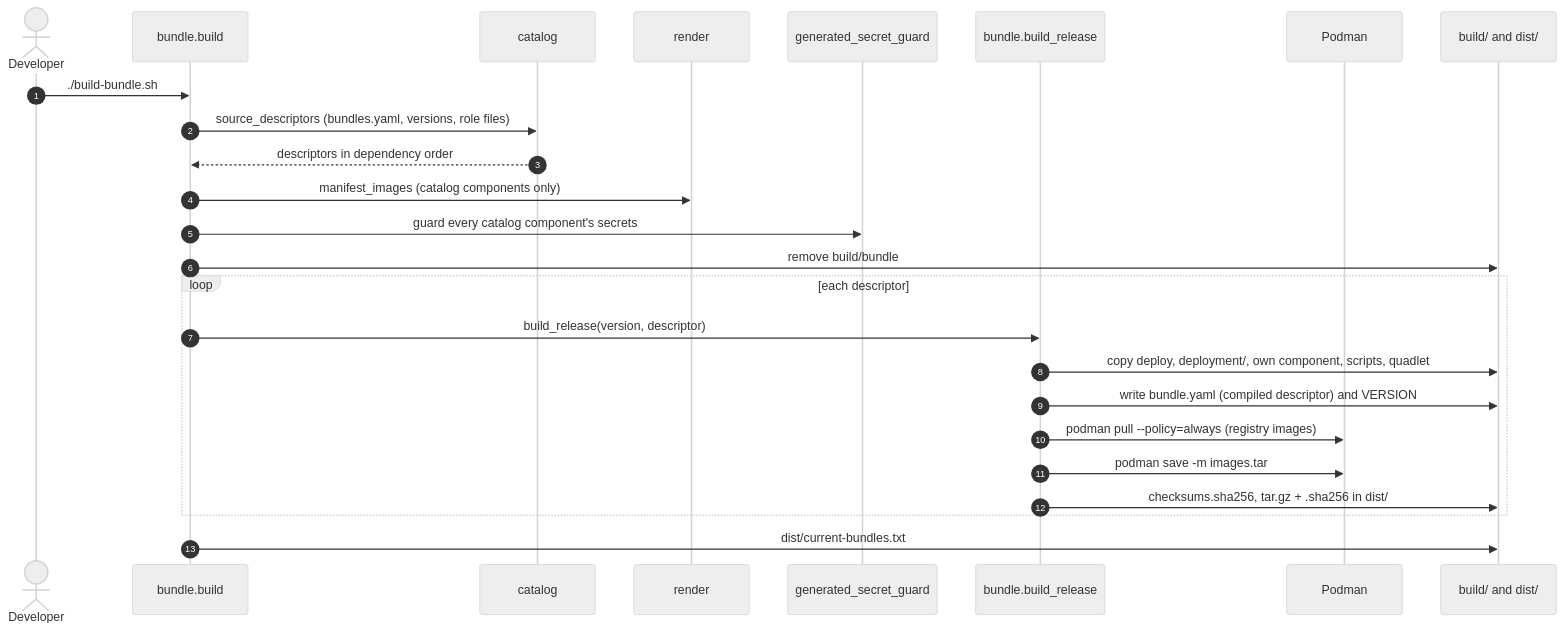
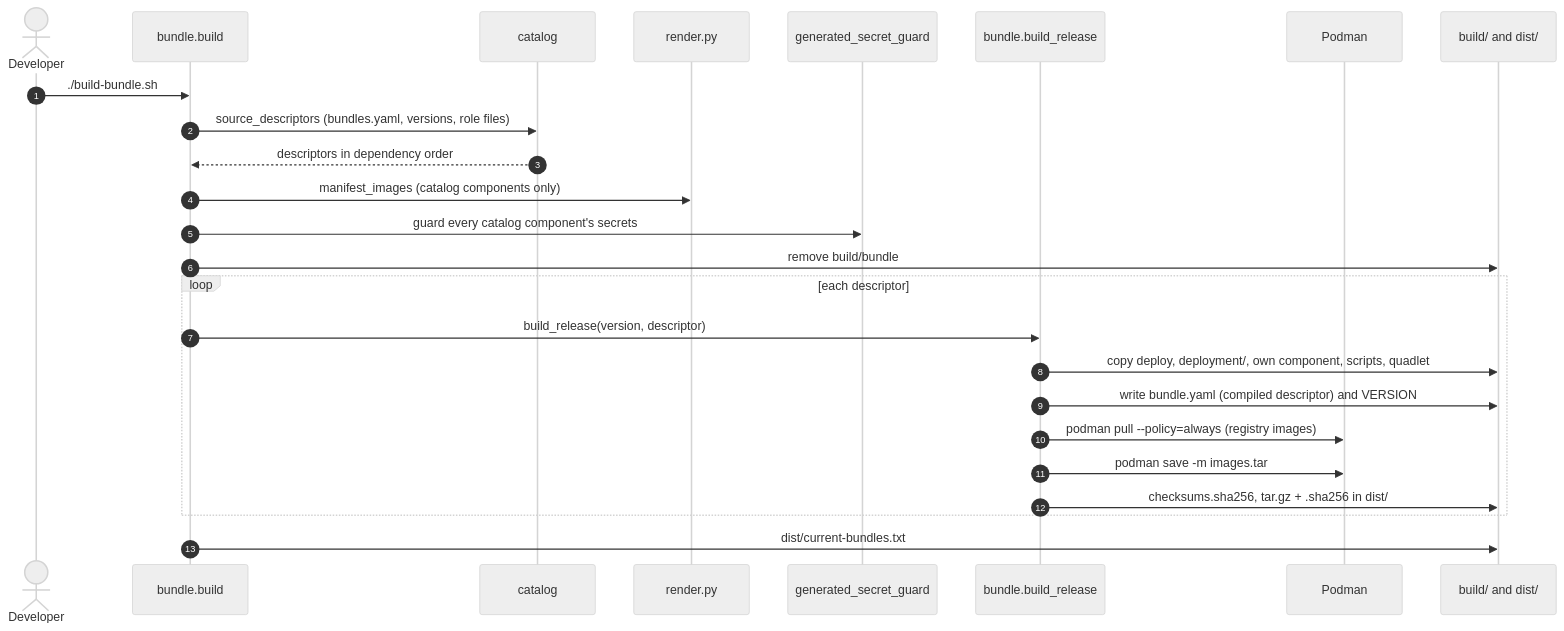
One commit to gunstein/podman_offline changed the second of 2 diagrams in ARCHITECTURE.md. Above: the diagram before and after it, drawn with Mermaid (neutral theme). The commit also changed other lines of this file and 3 other files, not shown here.

First line of the commit message:
Docs: explain what render.py renders; name it as a module in the diagrams

````diff
--- a/ARCHITECTURE.md
+++ b/ARCHITECTURE.md
@@ -204,28 +204,28 @@
 ```mermaid
 sequenceDiagram
     autonumber
     actor Dev as Developer
     participant B as bundle.build
     participant C as catalog
-    participant R as render
+    participant R as render.py
     participant G as generated_secret_guard
     participant BR as bundle.build_release
     participant H as Podman
     participant FS as build/ and dist/
 
     Dev->>B: ./build-bundle.sh
     B->>C: source_descriptors (bundles.yaml, versions, role files)
     C-->>B: descriptors in dependency order
     B->>R: manifest_images (catalog components only)
     B->>G: guard every catalog component's secrets
     B->>FS: remove build/bundle
     loop each descriptor
         B->>BR: build_release(version, descriptor)
         BR->>FS: copy deploy, deployment/, own component, scripts, quadlet
         BR->>FS: write bundle.yaml (compiled descriptor) and VERSION
         BR->>H: podman pull --policy=always (registry images)
         BR->>H: podman save -m images.tar
         BR->>FS: checksums.sha256, tar.gz + .sha256 in dist/
     end
     B->>FS: dist/current-bundles.txt
 ```
````
